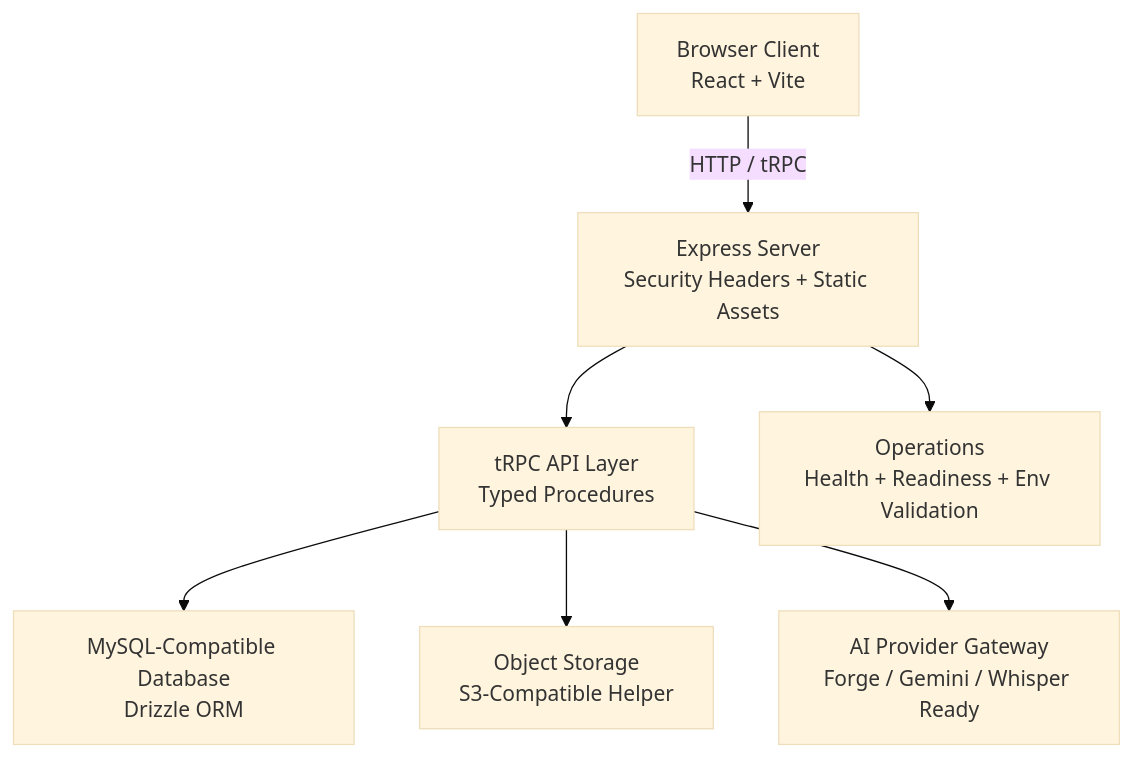
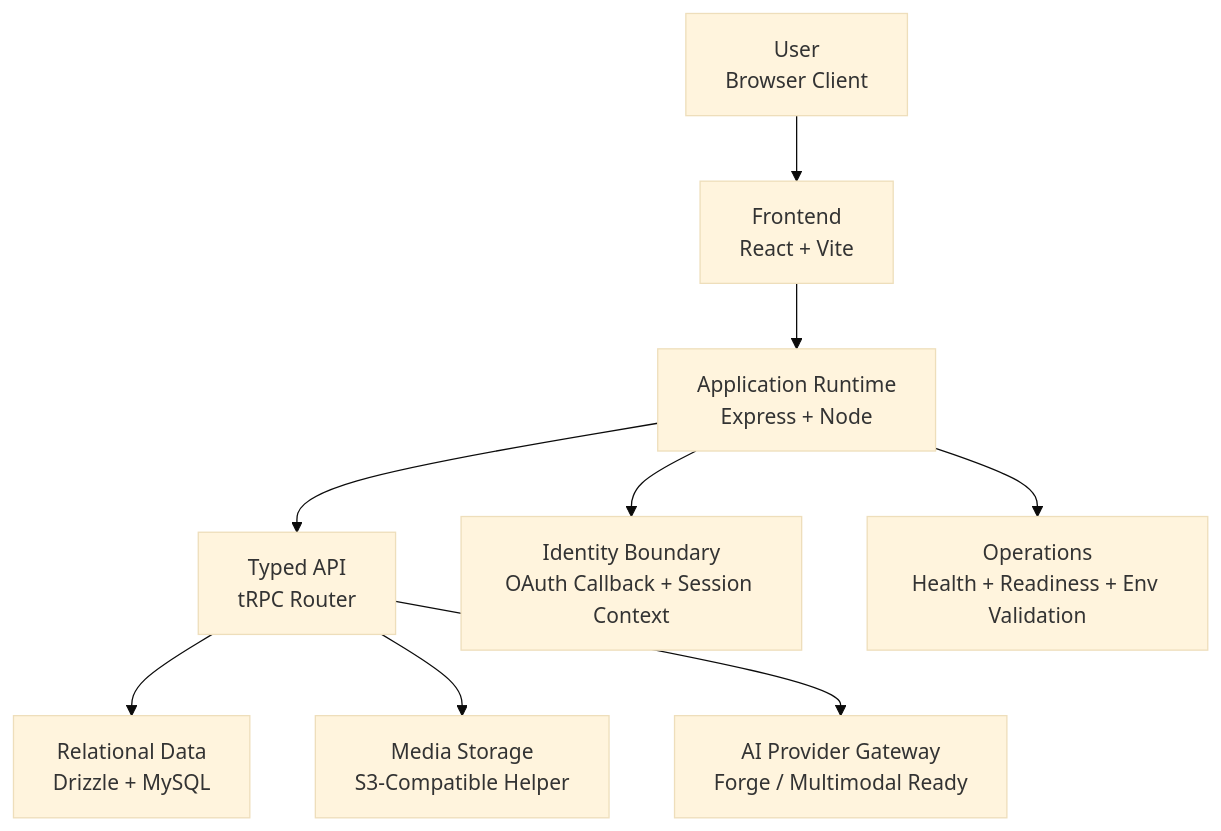
One commit to Alexi5000/Ellie changed the diagram in README.md. Above: the diagram before and after it, drawn with Mermaid (base theme). The commit also changed other lines of this file and 1 other file, not shown here.

````diff
--- a/README.md
+++ b/README.md
@@ -53,17 +71,21 @@
 ```mermaid
 graph TB
-    Browser["Browser Client\nReact + Vite"]
-    Express["Express Server\nSecurity Headers + Static Assets"]
-    TRPC["tRPC API Layer\nTyped Procedures"]
-    DB["MySQL-Compatible Database\nDrizzle ORM"]
-    Storage["Object Storage\nS3-Compatible Helper"]
-    AI["AI Provider Gateway\nForge / Gemini / Whisper Ready"]
+    User["User\nBrowser Client"]
+    Frontend["Frontend\nReact + Vite"]
+    Server["Application Runtime\nExpress + Node"]
+    API["Typed API\ntRPC Router"]
+    Auth["Identity Boundary\nOAuth Callback + Session Context"]
+    DB["Relational Data\nDrizzle + MySQL"]
+    Storage["Media Storage\nS3-Compatible Helper"]
+    AI["AI Provider Gateway\nForge / Multimodal Ready"]
     Ops["Operations\nHealth + Readiness + Env Validation"]
 
-    Browser -->|HTTP / tRPC| Express
-    Express --> TRPC
-    TRPC --> DB
-    TRPC --> Storage
-    TRPC --> AI
-    Express --> Ops
+    User --> Frontend
+    Frontend --> Server
+    Server --> API
+    Server --> Auth
+    API --> DB
+    API --> Storage
+    API --> AI
+    Server --> Ops
 ```
````
